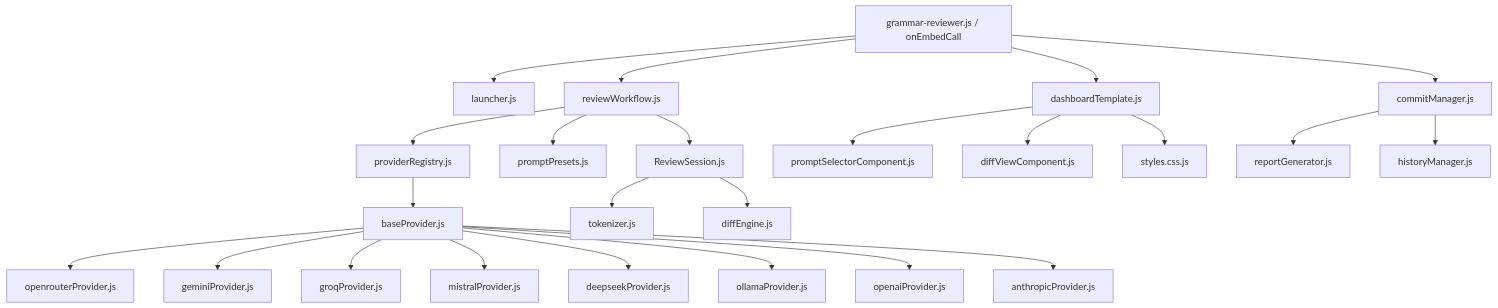
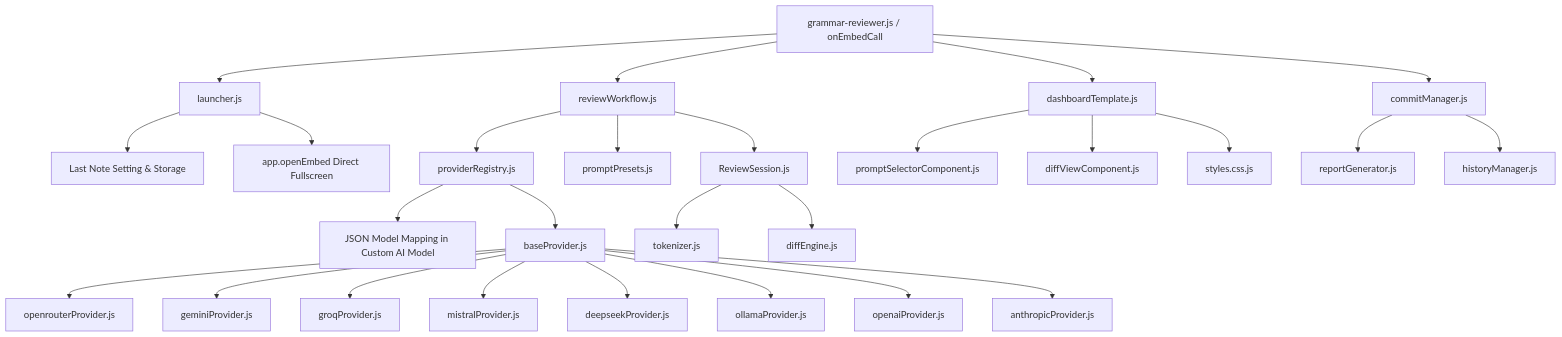
Before and after one commit to krishnakanthb13/anp-23-grammar-reviewer: the diagram in CODE_DOCUMENTATION.md, drawn with Mermaid. The commit also changed other lines of this file and 14 other files, not shown here.

````diff
--- a/CODE_DOCUMENTATION.md
+++ b/CODE_DOCUMENTATION.md
@@ -7,31 +7,35 @@
 ```mermaid
 graph TD
     Entry[grammar-reviewer.js / onEmbedCall] --> Launcher[launcher.js]
     Entry --> ReviewWorkflow[reviewWorkflow.js]
     Entry --> CommitManager[commitManager.js]
     
+    Launcher --> NoteMemory[Last Note Setting & Storage]
+    Launcher --> DirectEmbed[app.openEmbed Direct Fullscreen]
+    
     ReviewWorkflow --> Session[ReviewSession.js]
     ReviewWorkflow --> PromptPresets[promptPresets.js]
     ReviewWorkflow --> ProviderRegistry[providerRegistry.js]
     
+    ProviderRegistry --> PerProviderModelMap[JSON Model Mapping in Custom AI Model]
     ProviderRegistry --> BaseProvider[baseProvider.js]
     BaseProvider --> OpenRouter[openrouterProvider.js]
     BaseProvider --> Gemini[geminiProvider.js]
     BaseProvider --> Groq[groqProvider.js]
     BaseProvider --> Mistral[mistralProvider.js]
     BaseProvider --> DeepSeek[deepseekProvider.js]
     BaseProvider --> Ollama[ollamaProvider.js]
     BaseProvider --> OpenAI[openaiProvider.js]
     BaseProvider --> Anthropic[anthropicProvider.js]
     
     Session --> Tokenizer[tokenizer.js]
     Session --> DiffEngine[diffEngine.js]
     
     Entry --> Dashboard[dashboardTemplate.js]
-    Dashboard --> Toolbar[promptSelectorComponent.js]
+    Dashboard --> SidebarPanel[promptSelectorComponent.js]
     Dashboard --> DiffCard[diffViewComponent.js]
     Dashboard --> Styles[styles.css.js]
     
     CommitManager --> ReportGen[reportGenerator.js]
     CommitManager --> HistoryMgr[historyManager.js]
 ```
````
